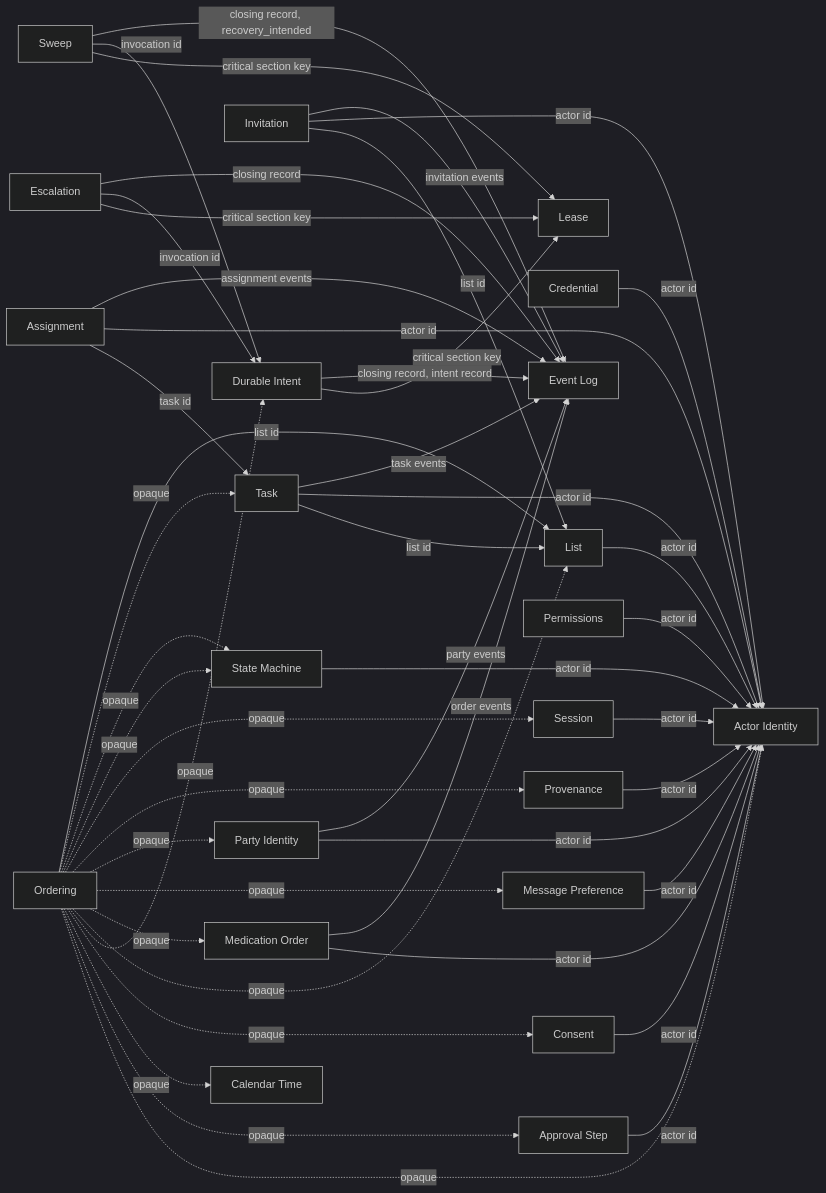
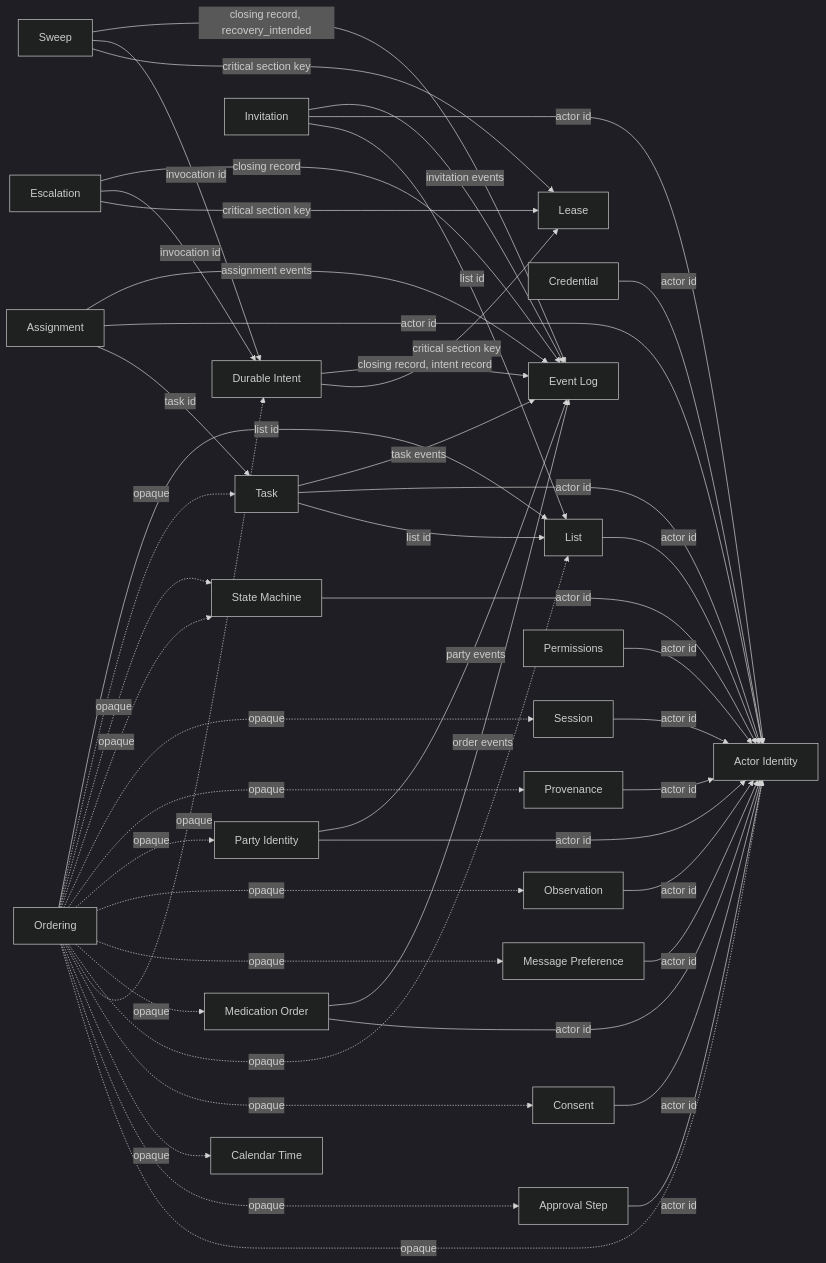
Before and after one commit to scottromack/grace-commons: the first of 3 diagrams in library/graph.md, drawn with Mermaid. The commit also changed 6 other files, not shown here.

````diff
--- a/library/graph.md
+++ b/library/graph.md
@@ -22,71 +22,74 @@
 ```mermaid
 %%{init: {"theme": "dark", "flowchart": {"htmlLabels": true}} }%%
 flowchart LR
   b_actor_identity["Actor Identity"]
   b_approval_step["Approval Step"]
   b_assignment["Assignment"]
   b_calendar_time["Calendar Time"]
   b_consent["Consent"]
   b_credential["Credential"]
   b_durable_intent["Durable Intent"]
   b_escalation["Escalation"]
   b_event_log["Event Log"]
   b_invitation["Invitation"]
   b_lease["Lease"]
   b_list["List"]
   b_medication_order["Medication Order"]
   b_message_preference["Message Preference"]
+  b_observation["Observation"]
   b_ordering["Ordering"]
   b_party_identity["Party Identity"]
   b_permissions["Permissions"]
   b_provenance["Provenance"]
   b_session["Session"]
   b_state_machine["State Machine"]
   b_sweep["Sweep"]
   b_task["Task"]
   b_approval_step -->|"actor id"| b_actor_identity
   b_assignment -->|"task id"| b_task
   b_assignment -->|"actor id"| b_actor_identity
   b_assignment -->|"assignment events"| b_event_log
   b_consent -->|"actor id"| b_actor_identity
   b_credential -->|"actor id"| b_actor_identity
   b_durable_intent -->|"critical section key"| b_lease
   b_durable_intent -->|"closing record, intent record"| b_event_log
   b_escalation -->|"critical section key"| b_lease
   b_escalation -->|"invocation id"| b_durable_intent
   b_escalation -->|"closing record"| b_event_log
   b_invitation -->|"list id"| b_list
   b_invitation -->|"actor id"| b_actor_identity
   b_invitation -->|"invitation events"| b_event_log
   b_list -->|"actor id"| b_actor_identity
   b_medication_order -->|"actor id"| b_actor_identity
   b_medication_order -->|"order events"| b_event_log
   b_message_preference -->|"actor id"| b_actor_identity
+  b_observation -->|"actor id"| b_actor_identity
   b_ordering -.->|"opaque"| b_actor_identity
   b_ordering -.->|"opaque"| b_approval_step
   b_ordering -.->|"opaque"| b_calendar_time
   b_ordering -.->|"opaque"| b_consent
   b_ordering -.->|"opaque"| b_durable_intent
   b_ordering -.->|"opaque"| b_list
   b_ordering -.->|"opaque"| b_medication_order
   b_ordering -.->|"opaque"| b_message_preference
+  b_ordering -.->|"opaque"| b_observation
   b_ordering -.->|"opaque"| b_party_identity
   b_ordering -.->|"opaque"| b_provenance
   b_ordering -.->|"opaque"| b_session
   b_ordering -.->|"opaque"| b_state_machine
   b_ordering -.->|"opaque"| b_state_machine
   b_ordering -.->|"opaque"| b_task
   b_ordering -->|"list id"| b_list
   b_party_identity -->|"actor id"| b_actor_identity
   b_party_identity -->|"party events"| b_event_log
   b_permissions -->|"actor id"| b_actor_identity
   b_provenance -->|"actor id"| b_actor_identity
   b_session -->|"actor id"| b_actor_identity
   b_state_machine -->|"actor id"| b_actor_identity
   b_sweep -->|"critical section key"| b_lease
   b_sweep -->|"invocation id"| b_durable_intent
   b_sweep -->|"closing record, recovery_intended"| b_event_log
   b_task -->|"list id"| b_list
   b_task -->|"actor id"| b_actor_identity
   b_task -->|"task events"| b_event_log
 ```
````
